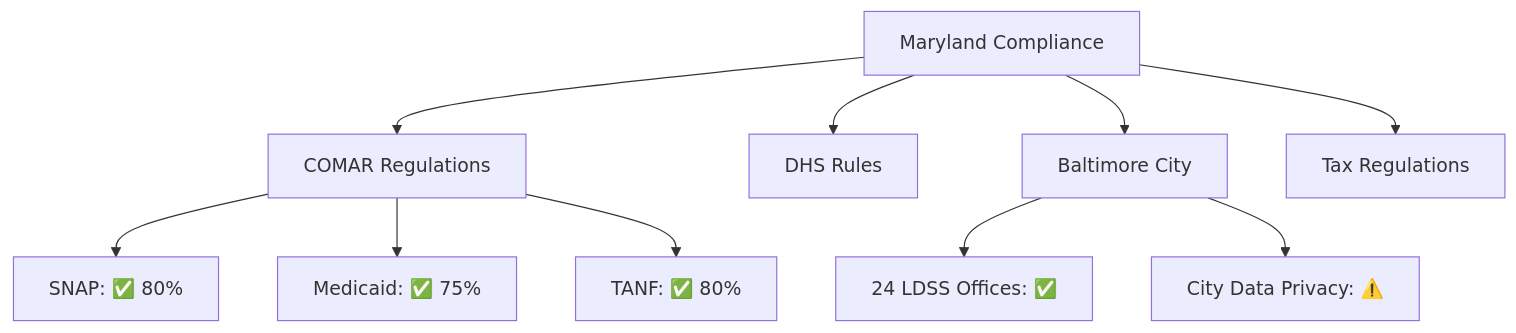
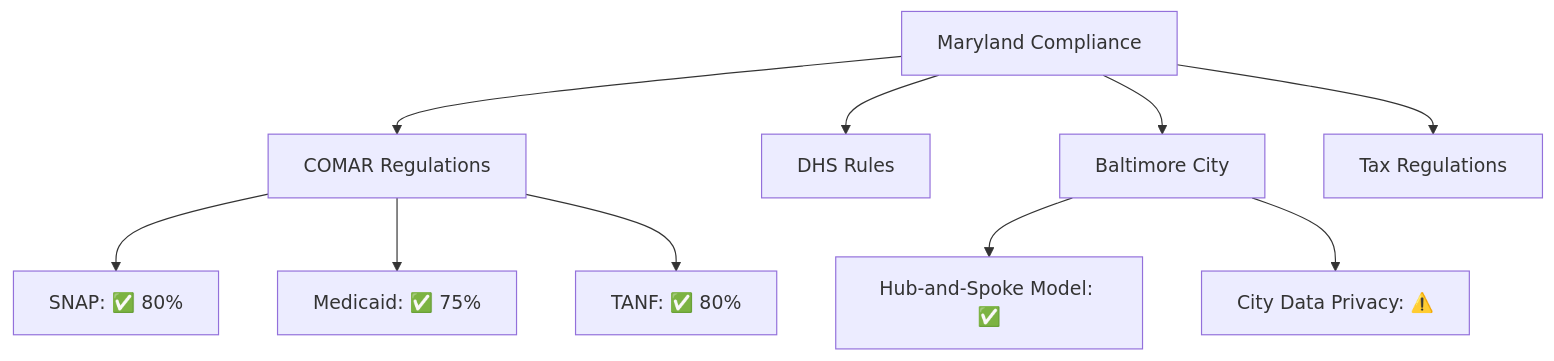
Before and after one commit to Nash0984/JAWN: the first of 2 diagrams in docs/official/STATE_REGULATORY_COMPLIANCE_AUDIT.md, drawn with Mermaid. The commit also changed other lines of this file and 10 other files, not shown here.

````diff
--- a/docs/official/STATE_REGULATORY_COMPLIANCE_AUDIT.md
+++ b/docs/official/STATE_REGULATORY_COMPLIANCE_AUDIT.md
@@ -52,14 +52,14 @@
 ```mermaid
 graph TD
     A[Maryland Compliance] --> B[COMAR Regulations]
     A --> C[DHS Rules]
     A --> D[Baltimore City]
     A --> E[Tax Regulations]
     
     B --> B1[SNAP: ✅ 80%]
     B --> B2[Medicaid: ✅ 75%]
     B --> B3[TANF: ✅ 80%]
     
-    D --> D1[24 LDSS Offices: ✅]
+    D --> D1[Hub-and-Spoke Model: ✅]
     D --> D2[City Data Privacy: ⚠️]
 ```
````
